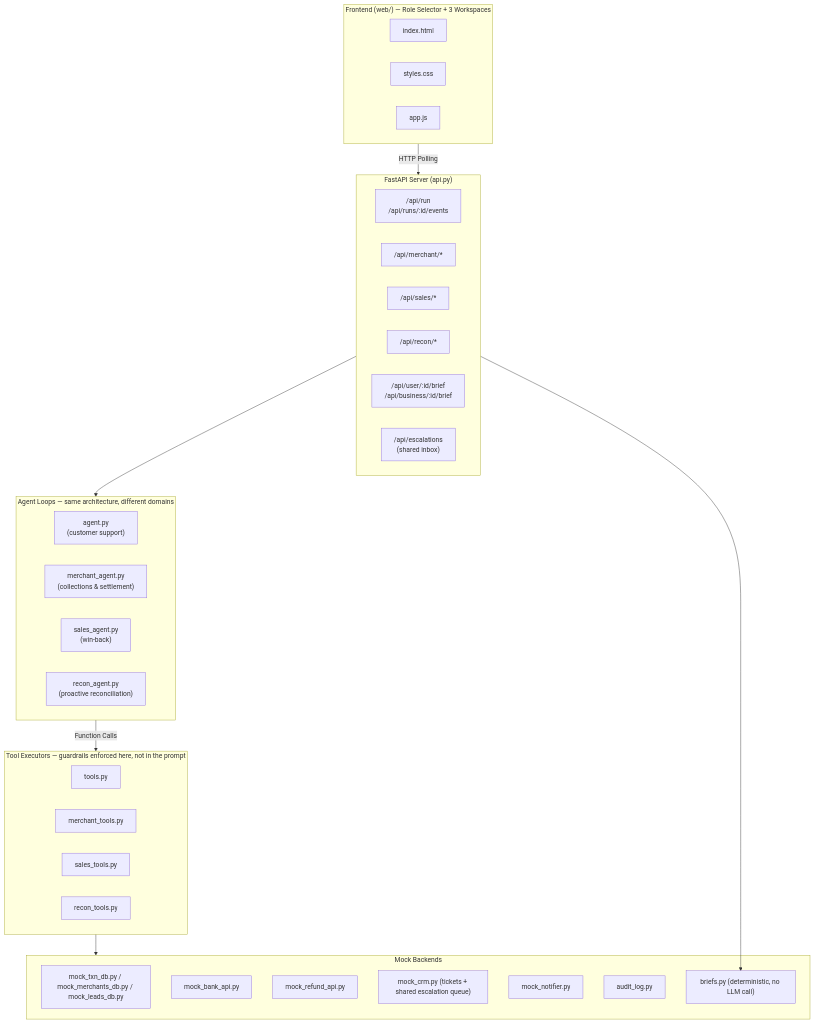
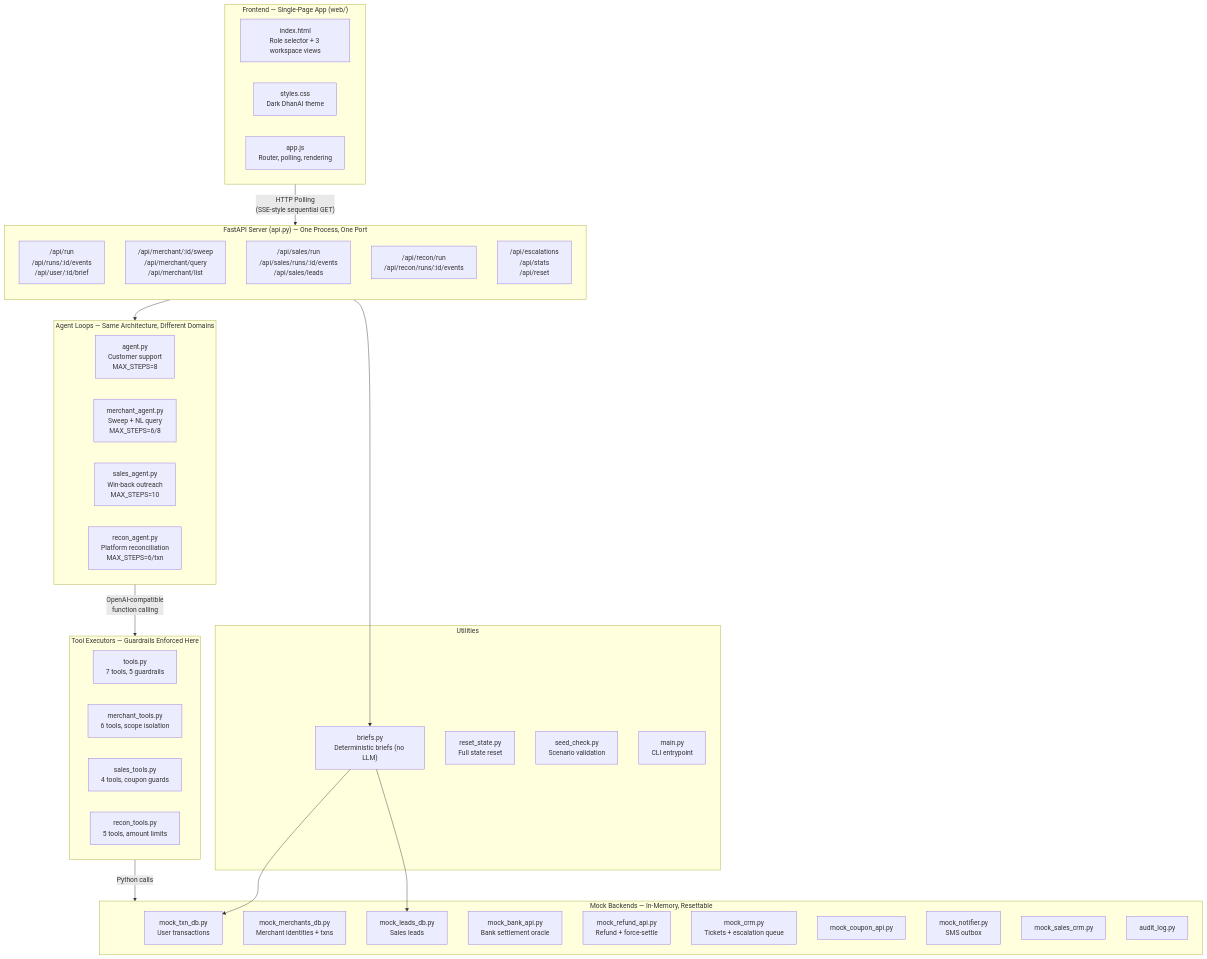
One commit to techbhuvi04/Payments changed the first of 4 diagrams in README.md. Above: the diagram before and after it, drawn with Mermaid. The commit also changed other lines of this file and 11 other files, not shown here.

First line of the commit message:
Rebuild DhanAI as a polished fintech app shell with voice, attachments, and a redesigned landing page

````diff
--- a/README.md
+++ b/README.md
@@ -39,49 +74,60 @@
 ```mermaid
 flowchart TB
-    subgraph Frontend ["Frontend (web/) — Role Selector + 3 Workspaces"]
+    subgraph Frontend ["Frontend — Single-Page App (web/)"]
         direction LR
-        HTML["index.html"]
-        CSS["styles.css"]
-        JS["app.js"]
+        HTML["index.html<br/>Role selector + 3 workspace views"]
+        CSS["styles.css<br/>Dark DhanAI theme"]
+        JS["app.js<br/>Router, polling, rendering"]
     end
 
-    subgraph API ["FastAPI Server (api.py)"]
-        direction LR
-        R1["/api/run\n/api/runs/:id/events"]
-        R2["/api/merchant/*"]
-        R3["/api/sales/*"]
-        R4["/api/recon/*"]
-        R5["/api/user/:id/brief\n/api/business/:id/brief"]
-        R6["/api/escalations\n(shared inbox)"]
+    subgraph API ["FastAPI Server (api.py) — One Process, One Port"]
+        direction TB
+        R_USER["/api/run<br/>/api/runs/:id/events<br/>/api/user/:id/brief"]
+        R_MERCH["/api/merchant/:id/sweep<br/>/api/merchant/query<br/>/api/merchant/list"]
+        R_SALES["/api/sales/run<br/>/api/sales/runs/:id/events<br/>/api/sales/leads"]
+        R_RECON["/api/recon/run<br/>/api/recon/runs/:id/events"]
+        R_SHARED["/api/escalations<br/>/api/stats<br/>/api/reset"]
     end
 
-    subgraph Agents ["Agent Loops — same architecture, different domains"]
-        A1["agent.py\n(customer support)"]
-        A2["merchant_agent.py\n(collections & settlement)"]
-        A3["sales_agent.py\n(win-back)"]
-        A4["recon_agent.py\n(proactive reconciliation)"]
+    subgraph Agents ["Agent Loops — Same Architecture, Different Domains"]
+        A_USER["agent.py<br/>Customer support<br/>MAX_STEPS=8"]
+        A_MERCH["merchant_agent.py<br/>Sweep + NL query<br/>MAX_STEPS=6/8"]
+        A_SALES["sales_agent.py<br/>Win-back outreach<br/>MAX_STEPS=10"]
+        A_RECON["recon_agent.py<br/>Platform reconciliation<br/>MAX_STEPS=6/txn"]
     end
 
-    subgraph Tools ["Tool Executors — guardrails enforced here, not in the prompt"]
-        T1["tools.py"]
-        T2["merchant_tools.py"]
-        T3["sales_tools.py"]
-        T4["recon_tools.py"]
+    subgraph Tools ["Tool Executors — Guardrails Enforced Here"]
+        T_USER["tools.py<br/>7 tools, 5 guardrails"]
+        T_MERCH["merchant_tools.py<br/>6 tools, scope isolation"]
+        T_SALES["sales_tools.py<br/>4 tools, coupon guards"]
+        T_RECON["recon_tools.py<br/>5 tools, amount limits"]
     end
 
-    subgraph Backends ["Mock Backends"]
-        DB["mock_txn_db.py / mock_merchants_db.py / mock_leads_db.py"]
-        BANK["mock_bank_api.py"]
-        REFUND["mock_refund_api.py"]
-        CRM["mock_crm.py (tickets + shared escalation queue)"]
-        SMS["mock_notifier.py"]
+    subgraph Backends ["Mock Backends — In-Memory, Resettable"]
+        DB_TXN["mock_txn_db.py<br/>User transactions"]
+        DB_MERCH["mock_merchants_db.py<br/>Merchant identities + txns"]
+        DB_LEADS["mock_leads_db.py<br/>Sales leads"]
+        BANK["mock_bank_api.py<br/>Bank settlement oracle"]
+        REFUND["mock_refund_api.py<br/>Refund + force-settle"]
+        CRM["mock_crm.py<br/>Tickets + escalation queue"]
+        COUPON["mock_coupon_api.py"]
+        NOTIFIER["mock_notifier.py<br/>SMS outbox"]
+        SALES_CRM["mock_sales_crm.py"]
         AUDIT["audit_log.py"]
-        BRIEF["briefs.py (deterministic, no LLM call)"]
     end
 
-    Frontend -- "HTTP Polling" --> API
+    subgraph Utilities ["Utilities"]
+        BRIEFS["briefs.py<br/>Deterministic briefs (no LLM)"]
+        RESET["reset_state.py<br/>Full state reset"]
+        SEED["seed_check.py<br/>Scenario validation"]
+        MAIN["main.py<br/>CLI entrypoint"]
+    end
+
+    Frontend -- "HTTP Polling<br/>(SSE-style sequential GET)" --> API
     API --> Agents
-    API --> BRIEF
-    Agents -- "Function Calls" --> Tools
-    Tools --> Backends
+    API --> BRIEFS
+    Agents -- "OpenAI-compatible<br/>function calling" --> Tools
+    Tools -- "Python calls" --> Backends
+    BRIEFS --> DB_TXN
+    BRIEFS --> DB_LEADS
 ```
````
